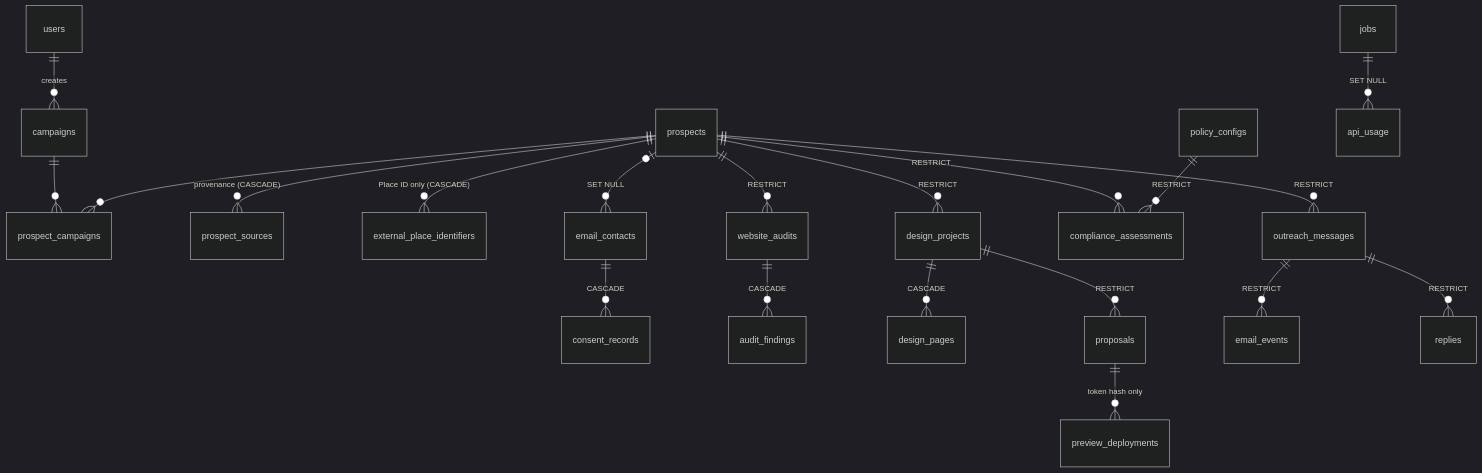
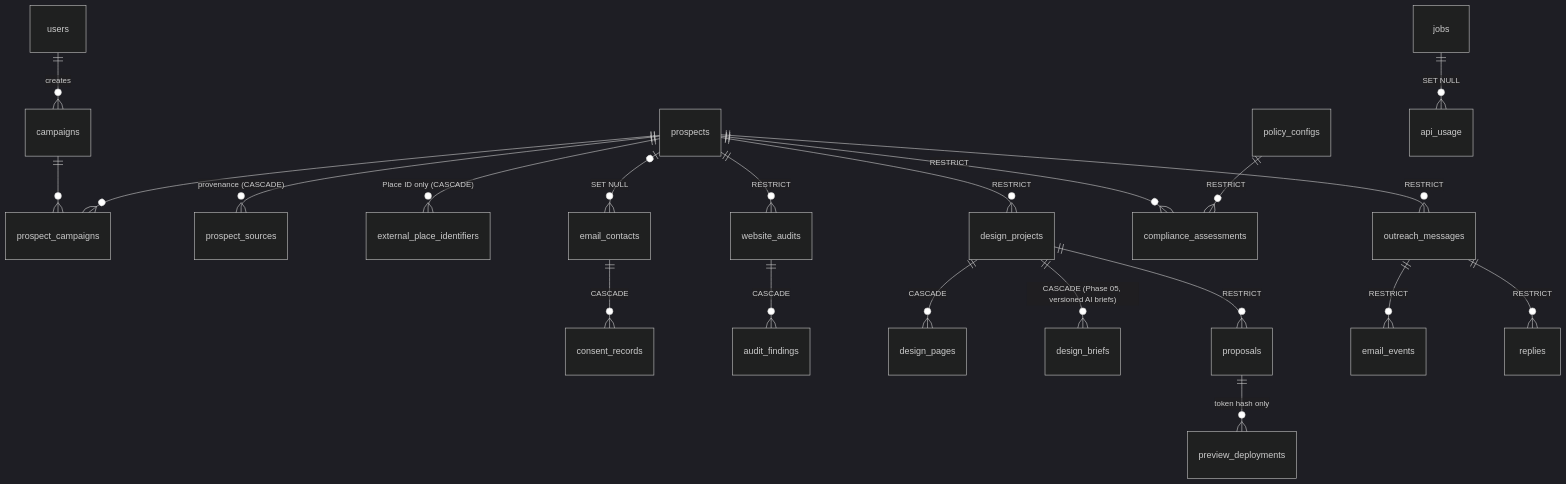
Before and after one commit to 10-aqib/Auto-Master-: the second of 2 diagrams in docs/architecture/schema.md, drawn with Mermaid (dark theme). The commit also changed 35 other files, not shown here.

First line of the commit message:
Phase 05: structured AI design briefs with strict validation and cost caps

````diff
--- a/docs/architecture/schema.md
+++ b/docs/architecture/schema.md
@@ -54,22 +54,23 @@
 ```mermaid
 erDiagram
   users ||--o{ campaigns : creates
   campaigns ||--o{ prospect_campaigns : ""
   prospects ||--o{ prospect_campaigns : ""
   prospects ||--o{ prospect_sources : "provenance (CASCADE)"
   prospects ||--o{ external_place_identifiers : "Place ID only (CASCADE)"
   prospects |o--o{ email_contacts : "SET NULL"
   email_contacts ||--o{ consent_records : "CASCADE"
   prospects ||--o{ website_audits : "RESTRICT"
   website_audits ||--o{ audit_findings : "CASCADE"
   prospects ||--o{ design_projects : "RESTRICT"
   design_projects ||--o{ design_pages : "CASCADE"
+  design_projects ||--o{ design_briefs : "CASCADE (Phase 05, versioned AI briefs)"
   design_projects ||--o{ proposals : "RESTRICT"
   proposals ||--o{ preview_deployments : "token hash only"
   prospects ||--o{ compliance_assessments : "RESTRICT"
   policy_configs ||--o{ compliance_assessments : "RESTRICT"
   prospects ||--o{ outreach_messages : "RESTRICT"
   outreach_messages ||--o{ email_events : "RESTRICT"
   outreach_messages ||--o{ replies : "RESTRICT"
   jobs ||--o{ api_usage : "SET NULL"
 ```
````
